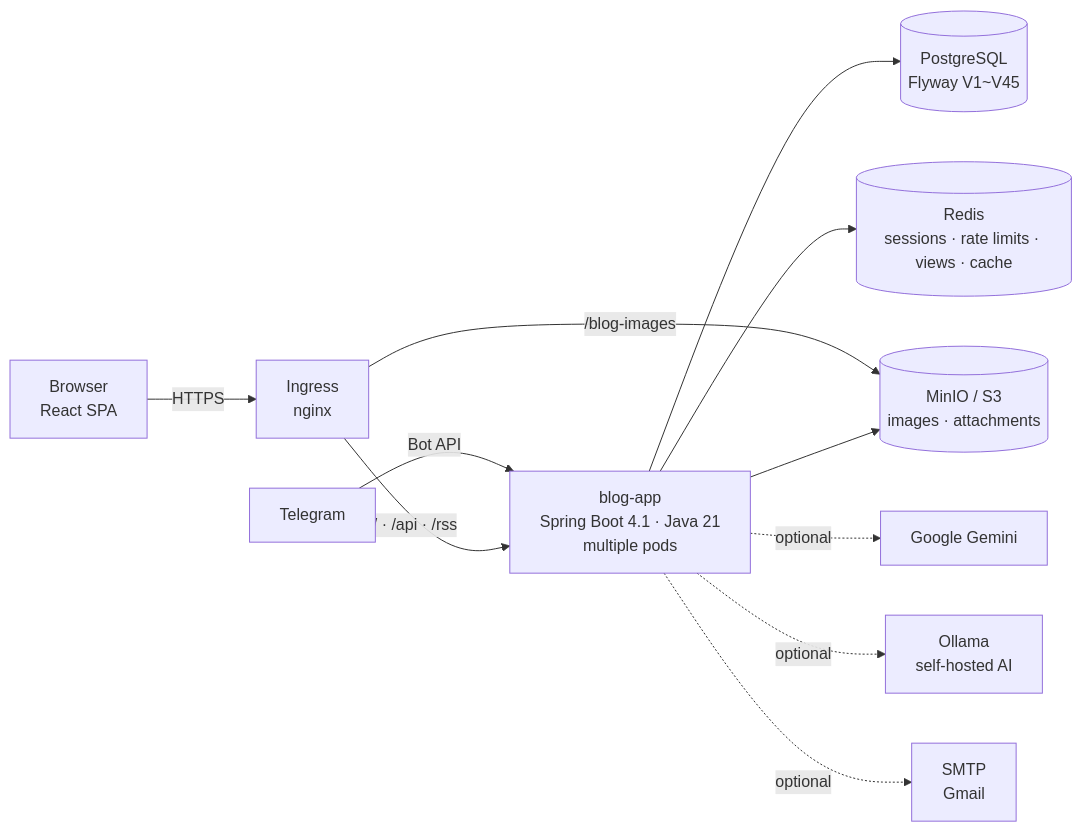
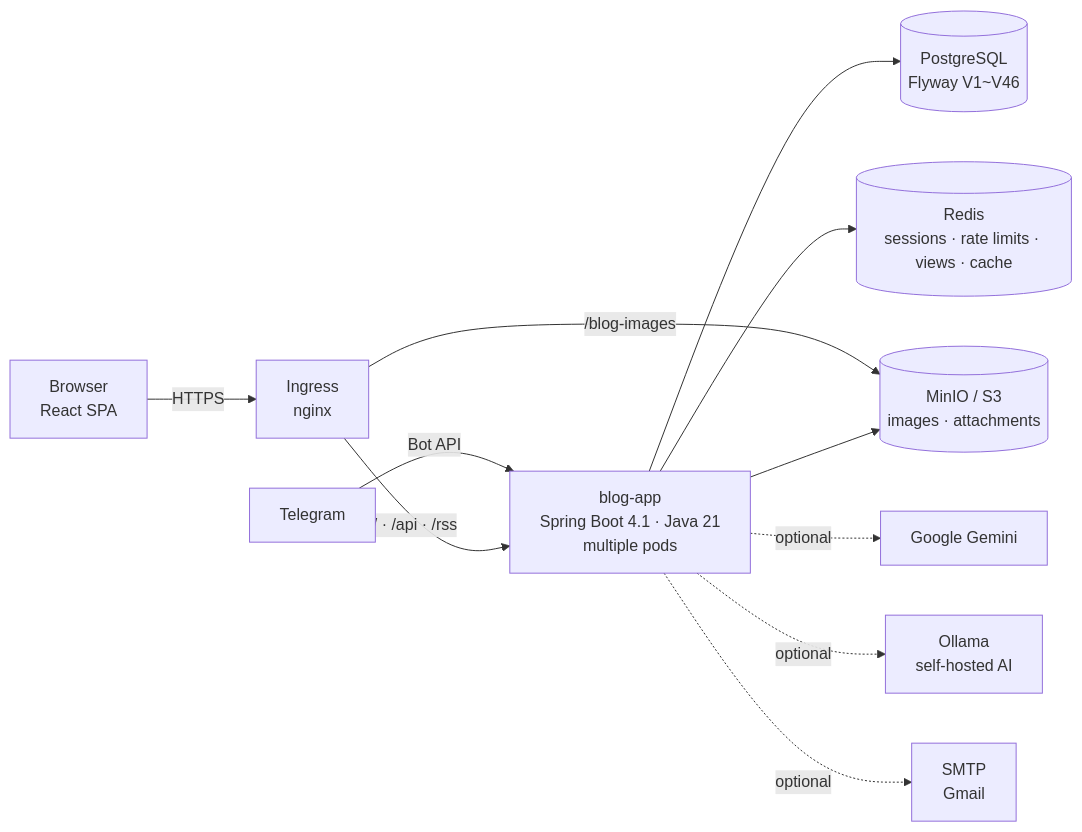
Before and after one commit to AIGJ-01-002-blog/devlog: the first of 3 diagrams in README.en.md, drawn with Mermaid. The commit also changed other lines of this file and 22 other files, not shown here.

````diff
--- a/README.en.md
+++ b/README.en.md
@@ -151,13 +151,13 @@
 ```mermaid
 flowchart LR
     B[Browser<br/>React SPA] -->|HTTPS| I[Ingress<br/>nginx]
     T[Telegram] -->|Bot API| A
     I -->|/ · /api · /rss| A[blog-app<br/>Spring Boot 4.1 · Java 21<br/>multiple pods]
     I -->|/blog-images| M[(MinIO / S3<br/>images · attachments)]
-    A --> P[(PostgreSQL<br/>Flyway V1~V45)]
+    A --> P[(PostgreSQL<br/>Flyway V1~V46)]
     A --> R[(Redis<br/>sessions · rate limits · views · cache)]
     A --> M
     A -.optional.-> G[Google Gemini]
     A -.optional.-> O[Ollama<br/>self-hosted AI]
     A -.optional.-> S[SMTP<br/>Gmail]
 ```
````
